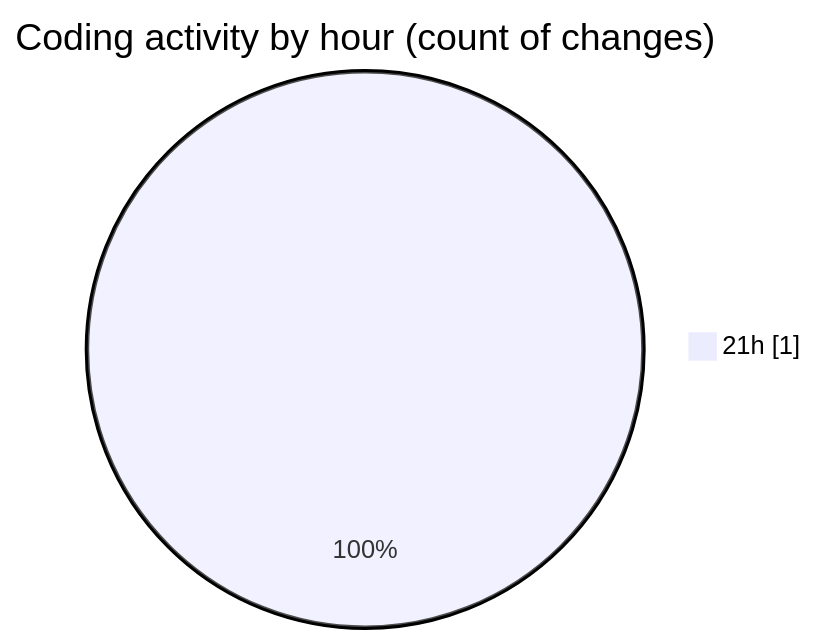
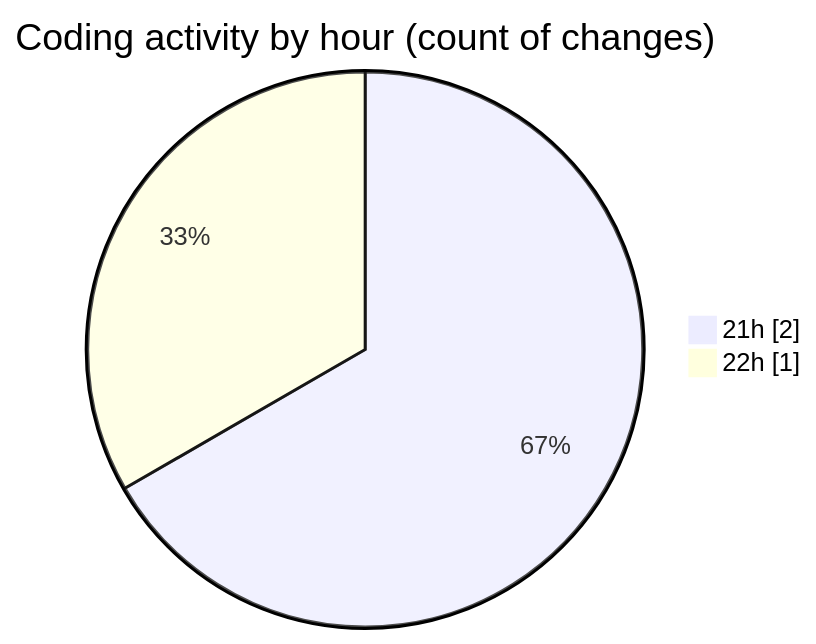
The second of 2 diagrams in 2025-02-20/projet/README.md (Elitesun/code-tracking), drawn with Mermaid before and after one commit. The commit also changed other lines of this file and 1 other file, not shown here.

````diff
--- a/2025-02-20/projet/README.md
+++ b/2025-02-20/projet/README.md
@@ -28,5 +28,6 @@
 ```mermaid
 pie showData
 title Coding activity by hour (count of changes)
-"21h" : 1
+"21h" : 2
+"22h" : 1
 ```
````
